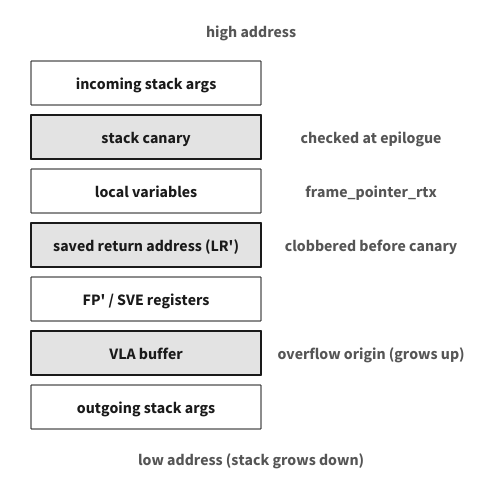
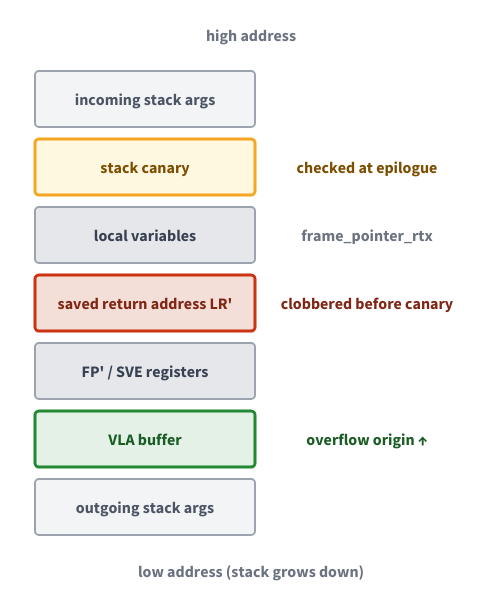
One commit to SEU-SSH/zjy-paper changed the diagram in figures/src/stack-layout.d2. Above: the diagram before and after it, drawn with D2. The commit also changed 7 other files, not shown here.

Commit message:
feat(intro,figures): streamline Intro into six-paragraph prose and restore color diagrams from thesis proposal

```diff
--- a/figures/src/stack-layout.d2
+++ b/figures/src/stack-layout.d2
@@ -1,64 +1,130 @@
-# Fig: CVE-2023-4039 buggy AArch64 stack-frame layout (academic monochrome)
-# render: d2 --theme=0 --pad=8 stack-layout.d2 ../stack-layout.pdf
-
-vars: {
-  d2-config: {
-    theme-id: 0
-  }
-}
-
-classes: {
-  plain: {
-    style: { fill: white; stroke: "#1A1A1A"; stroke-width: 1; font-color: "#1A1A1A" }
-  }
-  emph: {
-    style: { fill: "#E3E3E3"; stroke: "#1A1A1A"; stroke-width: 2; font-color: "#1A1A1A" }
-  }
-  note: {
-    style: { fill: transparent; stroke: transparent; font-color: "#555555"; italic: true }
-  }
-  addr: {
-    style: { fill: transparent; stroke: transparent; font-color: "#555555"; italic: true }
-  }
-}
+# Figure 1 — CVE-2023-4039 buggy stack-frame layout (English)
+# render: d2 --layout=dagre --pad=24 stack-layout.en.d2 stack-layout.en.svg
+# Simplified from the GCC aarch64 backend comment (aarch64.cc): only the slots
+# relevant to the CVE are highlighted; the rest are kept as plain context.
 
 direction: down
 
 outer: "" {
   grid-rows: 3
   grid-columns: 1
-  grid-gap: 10
+  grid-gap: 12
   style: { fill: transparent; stroke: transparent }
 
-  hi: "high address" { width: 440; height: 20; class: addr }
+  hi: "high address" {
+    width: 432
+    height: 24
+    style: { fill: transparent; stroke: transparent; font-color: "#6B7280"; italic: true }
+  }
 
   frame: "" {
     grid-rows: 7
     grid-columns: 2
-    grid-gap: 10
+    grid-gap: 12
     style: { fill: transparent; stroke: transparent }
 
-    incoming: "incoming stack args" { width: 230; height: 44; class: plain }
-    incoming-note: "" { width: 1; height: 1; style: { fill: transparent; stroke: transparent } }
+    incoming: "incoming stack args" {
+    width: 220
+    height: 56
+    style: {
+      fill: "#F3F4F6"; stroke: "#9CA3AF"; stroke-width: 2
+      font-color: "#4B5563"; border-radius: 4
+    }
+  }
+  incoming-note: "" { width: 1; height: 1; style: { fill: transparent; stroke: transparent } }
 
-    canary: "stack canary" { width: 230; height: 44; class: emph }
-    canary-note: "checked at epilogue" { width: 200; height: 44; class: note }
+  canary: "stack canary" {
+    width: 220
+    height: 56
+    style: {
+      fill: "#FFF8E1"; stroke: "#F5A623"; stroke-width: 3
+      font-color: "#7D4E00"; border-radius: 4; bold: true
+    }
+  }
+  canary-note: "checked at epilogue" {
+    width: 200
+    height: 56
+    style: {
+      fill: transparent; stroke: transparent
+      font-color: "#7D4E00"; italic: true
+    }
+  }
 
-    locals: "local variables" { width: 230; height: 44; class: plain }
-    locals-note: "frame_pointer_rtx" { width: 200; height: 44; class: note }
+  locals: "local variables" {
+    width: 220
+    height: 56
+    style: {
+      fill: "#E5E7EB"; stroke: "#9CA3AF"; stroke-width: 2
+      font-color: "#374151"; border-radius: 4
+    }
+  }
+  locals-note: "frame_pointer_rtx" {
+    width: 200
+    height: 56
+    style: {
+      fill: transparent; stroke: transparent
+      font-color: "#6B7280"; italic: true
+    }
+  }
 
-    retaddr: "saved return address (LR')" { width: 230; height: 44; class: emph }
-    retaddr-note: "clobbered before canary" { width: 200; height: 44; class: note }
+  retaddr: "saved return address LR'" {
+    width: 220
+    height: 56
+    style: {
+      fill: "#F4DFD8"; stroke: "#CC3311"; stroke-width: 3
+      font-color: "#7F2615"; border-radius: 4; bold: true
+    }
+  }
+  retaddr-note: "clobbered before canary" {
+    width: 200
+    height: 56
+    style: {
+      fill: transparent; stroke: transparent
+      font-color: "#7F2615"; italic: true
+    }
+  }
 
-    fpsve: "FP' / SVE registers" { width: 230; height: 44; class: plain }
-    fpsve-note: "" { width: 1; height: 1; style: { fill: transparent; stroke: transparent } }
+  fpsve: "FP' / SVE registers" {
+    width: 220
+    height: 56
+    style: {
+      fill: "#E5E7EB"; stroke: "#9CA3AF"; stroke-width: 2
+      font-color: "#374151"; border-radius: 4
+    }
+  }
+  fpsve-note: "" { width: 1; height: 1; style: { fill: transparent; stroke: transparent } }
 
-    vla: "VLA buffer" { width: 230; height: 44; class: emph }
-    vla-note: "overflow origin (grows up)" { width: 200; height: 44; class: note }
+  vla: "VLA buffer" {
+    width: 220
+    height: 56
+    style: {
+      fill: "#E3F1E7"; stroke: "#228833"; stroke-width: 3
+      font-color: "#195C24"; border-radius: 4; bold: true
+    }
+  }
+  vla-note: "overflow origin ↑" {
+    width: 200
+    height: 56
+    style: {
+      fill: transparent; stroke: transparent
+      font-color: "#195C24"; italic: true
+    }
+  }
 
-    outgoing: "outgoing stack args" { width: 230; height: 44; class: plain }
+  outgoing: "outgoing stack args" {
+    width: 220
+    height: 56
+    style: {
+      fill: "#F3F4F6"; stroke: "#9CA3AF"; stroke-width: 2
+      font-color: "#4B5563"; border-radius: 4
+    }
+  }
     outgoing-note: "" { width: 1; height: 1; style: { fill: transparent; stroke: transparent } }
   }
 
-  lo: "low address  (stack grows down)" { width: 440; height: 20; class: addr }
+  lo: "low address (stack grows down)" {
+    width: 432
+    height: 24
+    style: { fill: transparent; stroke: transparent; font-color: "#6B7280"; italic: true }
+  }
 }
```
